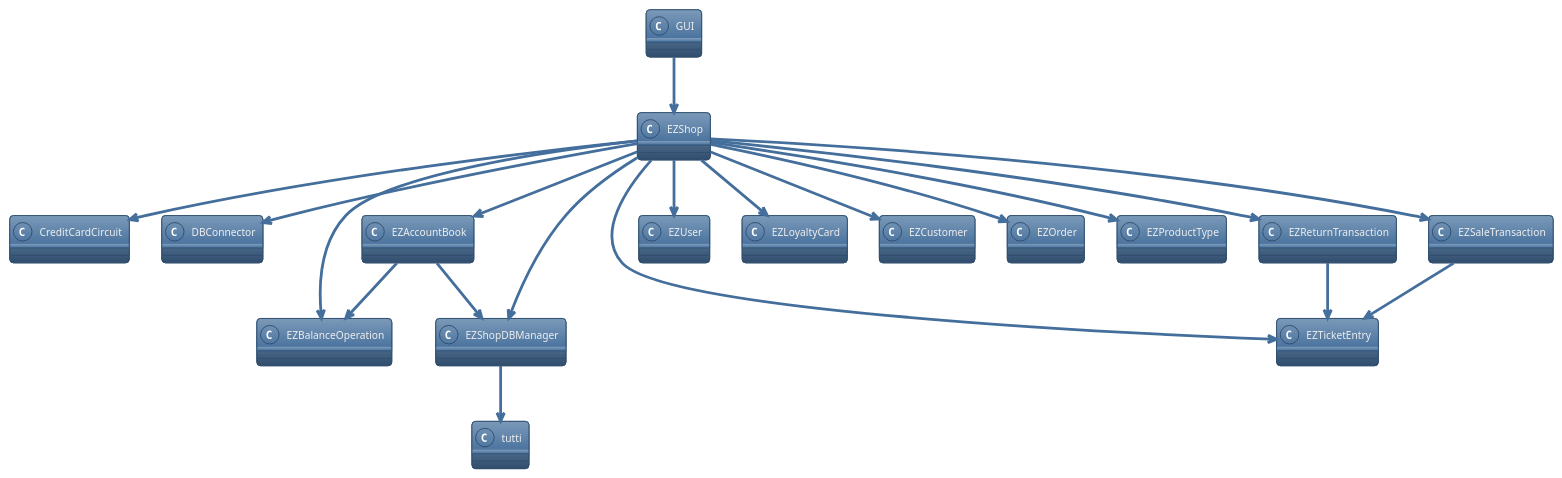
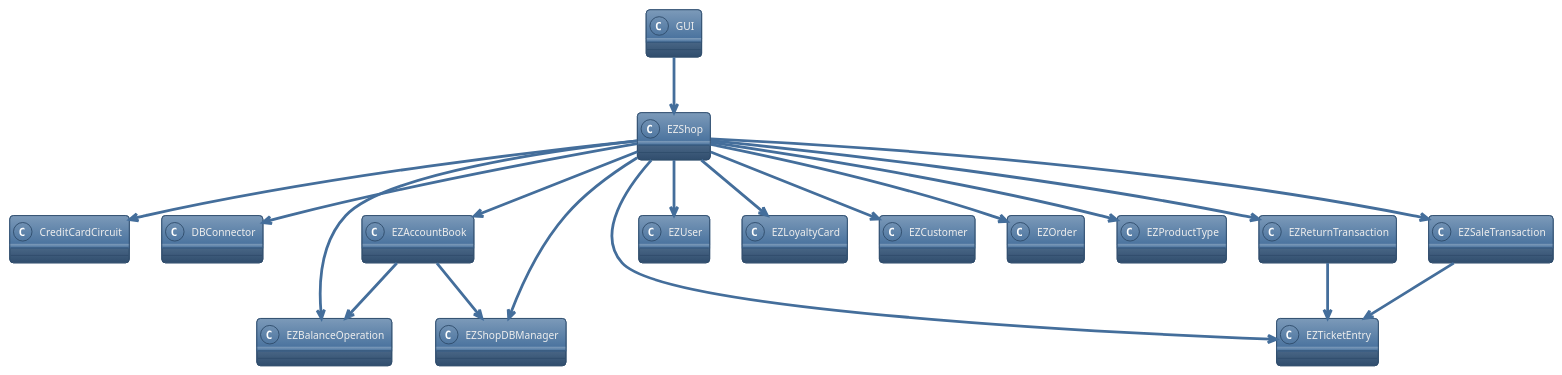
Before and after one commit to Ralls0/ezshop: the diagram in Deliverables/IntegrationAPITestReport.md, drawn with PlantUML. The commit also changed other lines of this file, not shown here.

````diff
--- a/Deliverables/IntegrationAPITestReport.md
+++ b/Deliverables/IntegrationAPITestReport.md
@@ -42,47 +39,45 @@
 ```plantuml
 @startuml
 !theme spacelab
 top to bottom direction
 
 class GUI {}
 class EZShop {}
 class CreditCardCircuit {}
 class DBConnector {}
 class EZAccountBook {}
 class EZBalanceOperation {}
 class EZShopDBManager {}
 class EZTicketEntry {}
 class EZUser {}
 class EZLoyaltyCard {}
 class EZCustomer {}
 class EZOrder {}
 class EZProductType {}
 class EZReturnTransaction {}
 class EZSaleTransaction {}
 
 GUI-->EZShop
 
 EZShop-->CreditCardCircuit
 EZShop-->EZAccountBook
 EZShop-->EZBalanceOperation
 EZShop-->EZCustomer
 EZShop-->DBConnector
 EZShop-->EZLoyaltyCard
 EZShop-->EZOrder
 EZShop-->EZProductType
 EZShop-->EZReturnTransaction
 EZShop-->EZSaleTransaction
 EZShop-->EZShopDBManager
 EZShop-->EZTicketEntry
 EZShop-->EZUser
 
 EZAccountBook-->EZShopDBManager
 EZAccountBook-->EZBalanceOperation
 
 EZReturnTransaction-->EZTicketEntry
 EZSaleTransaction-->EZTicketEntry
 
-EZShopDBManager-->tutti
-
 @enduml
 ```
````
